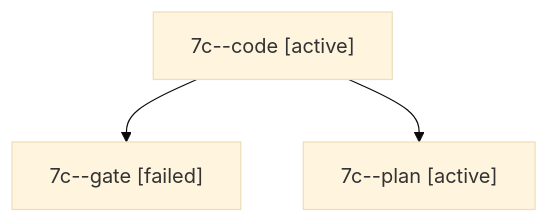
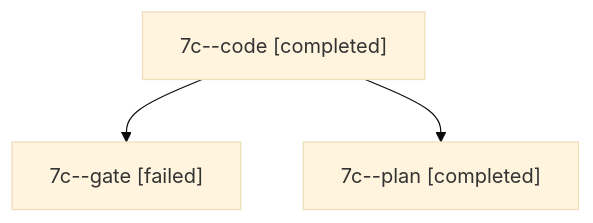
Before and after one commit to bobs-org/bob-cli--agents: the diagram in sessions/bbugyi200.apollo.7c.md, drawn with Mermaid (base theme). The commit also changed other lines of this file and 445 other files, not shown here.

````diff
--- a/sessions/bbugyi200.apollo.7c.md
+++ b/sessions/bbugyi200.apollo.7c.md
@@ -9,8 +9,8 @@
 ```mermaid
 flowchart TD
-  n0["7c--code [active]"]
+  n0["7c--code [completed]"]
   n1["7c--gate [failed]"]
   n0 --> n1
-  n2["7c--plan [active]"]
+  n2["7c--plan [completed]"]
   n0 --> n2
 ```
````
